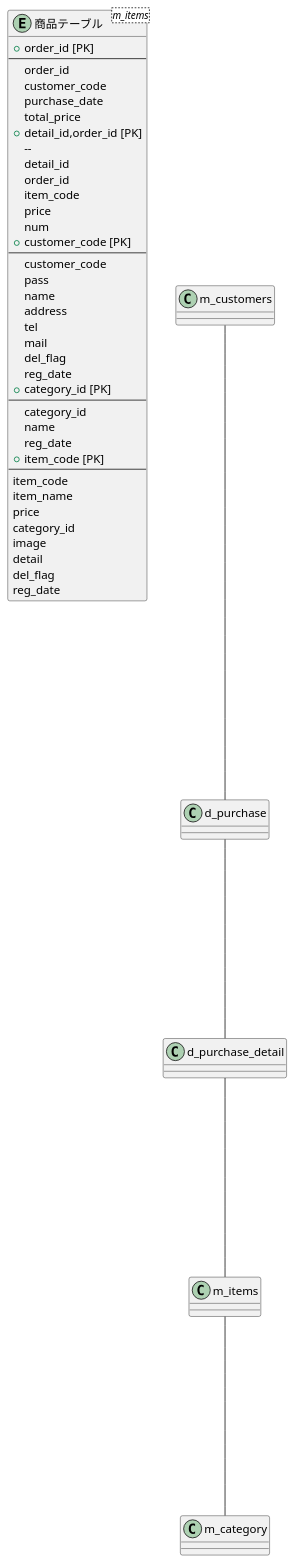
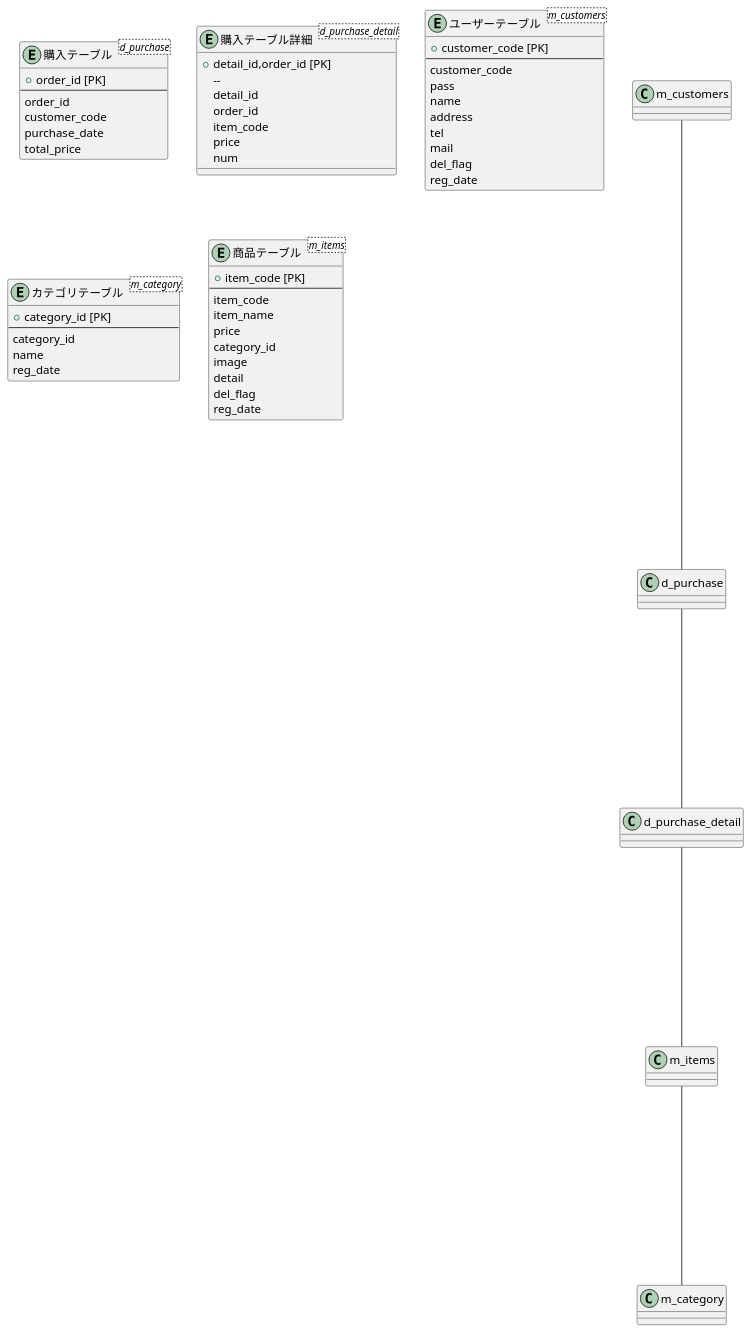
Before and after one commit to Aso2001137/2021sys-design: the diagram in SaER.md, drawn with PlantUML.

````diff
--- a/SaER.md
+++ b/SaER.md
@@ -1,61 +1,61 @@
 ```uml
 @startuml
-entity "購入テーブル" as customer <d_purchase> {
+entity "購入テーブル" as purchase <d_purchase> {
   + order_id [PK]
   --
   order_id
   customer_code
   purchase_date
   total_price
 }
 
-entity "購入テーブル詳細" as  customer <d_purchase_detail> {
+entity "購入テーブル詳細" as  purchase_detail <d_purchase_detail> {
 + detail_id,order_id [PK]
   --
   detail_id
   order_id
   item_code
   price
   num
 }
 
 entity "ユーザーテーブル" as  customer <m_customers>{
   + customer_code [PK]
   --
   customer_code
   pass
   name
   address
   tel
   mail
   del_flag
   reg_date
 }
 
-entity "カテゴリテーブル" as  customer <m_category>{
+entity "カテゴリテーブル" as  category <m_category>{
   + category_id [PK]
   --
   category_id 
   name
   reg_date
 }
 
-entity "商品テーブル" as  customer <m_items>{
+entity "商品テーブル" as  items <m_items>{
   + item_code [PK]
   --
   item_code
   item_name
   price
   category_id
   image
   detail
   del_flag
   reg_date
 }
 
 m_customers ----- d_purchase
 d_purchase ----- d_purchase_detail
 d_purchase_detail ----- m_items
 m_items ----- m_category
 @enduml
 ```
````
